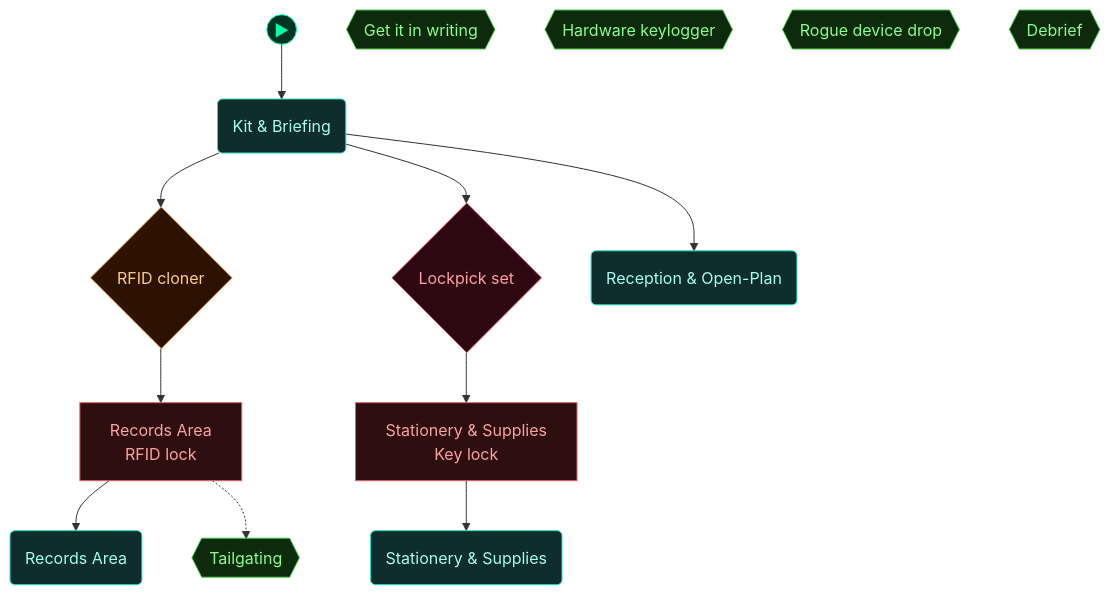
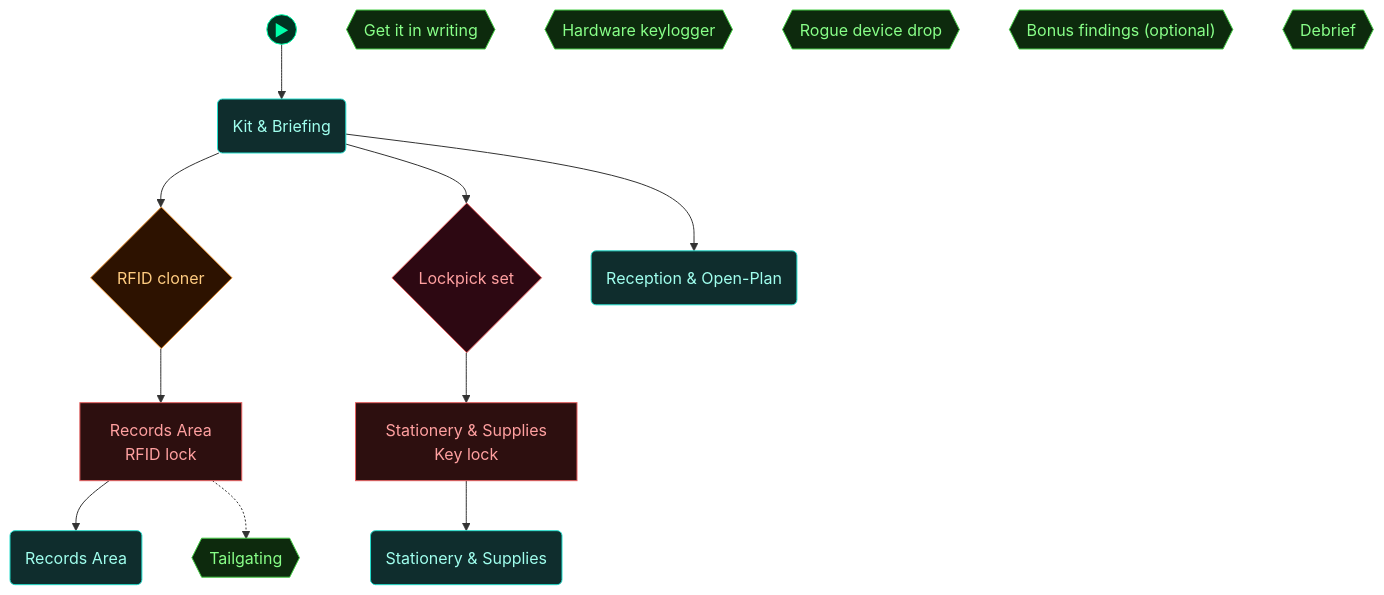
The third of 5 diagrams in scenarios/lab_physical_pentest/dungeon_graph.md (cliffe/BreakEscape), drawn with Mermaid before and after one commit. The commit also changed other lines of this file and 4 other files, not shown here.

First line of the commit message:
lab_physical_pentest: give the five pass-2 beats visible optional aims; drop two dead globals

````diff
--- a/scenarios/lab_physical_pentest/dungeon_graph.md
+++ b/scenarios/lab_physical_pentest/dungeon_graph.md
@@ -132,51 +133,52 @@
 ```mermaid
 flowchart TD
 
   classDef room      fill:#0f2d2d,stroke:#22ddcc,color:#a0ffee
   classDef lock      fill:#2d0f0f,stroke:#e66060,color:#ffa0a0
   classDef key       fill:#2d0812,stroke:#e66060,color:#ffa0a0
   classDef item      fill:#2d1200,stroke:#e89030,color:#ffcc80
   classDef gate      fill:#111,stroke:#666,color:#eee
   classDef vm        fill:#0c1f40,stroke:#4a90d9,color:#a0c8ff
   classDef flag      fill:#1a0c2d,stroke:#9060d0,color:#cc99ff
   classDef action    fill:#1a1200,stroke:#cc9922,color:#ffee88
   classDef aim       fill:#0d2a0d,stroke:#44cc44,color:#88ff88
   classDef aim_gate  fill:#111111,stroke:#44cc44,color:#44cc44
   classDef container fill:#1a2d1a,stroke:#60b060,color:#a0e0a0
   classDef npc       fill:#2d1f0d,stroke:#d0a050,color:#ffe0a0
   classDef critical  fill:#2a1500,stroke:#ffaa00,color:#ffdd88
   classDef start     fill:#003322,stroke:#00ffaa,color:#00ffaa
 
   node_start(("▶"))
   node_start --> briefing_room
 
   door_secure_area["Records Area<br/>RFID lock"]
   secure_area("Records Area")
   door_store_room["Stationery & Supplies<br/>Key lock"]
   store_room("Stationery & Supplies")
   briefing_room("Kit & Briefing")
   rfid_cloner{"RFID cloner"}
   lockpick_set{"Lockpick set"}
   open_plan("Reception & Open-Plan")
   aim_authorise{{"Get it in writing"}}
   aim_keylogger{{"Hardware keylogger"}}
   aim_usb{{"Rogue device drop"}}
   aim_tailgate{{"Tailgating"}}
+  aim_bonus_beats{{"Bonus findings (optional)"}}
   aim_debrief{{"Debrief"}}
 
   door_secure_area --> secure_area
   door_store_room --> store_room
   briefing_room --> rfid_cloner
   rfid_cloner --> door_secure_area
   briefing_room --> lockpick_set
   lockpick_set --> door_store_room
   briefing_room --> open_plan
   door_secure_area -.-> aim_tailgate
 
   class door_secure_area,door_store_room lock
   class secure_area,store_room,briefing_room,open_plan room
   class rfid_cloner item
   class lockpick_set key
-  class aim_authorise,aim_keylogger,aim_usb,aim_tailgate,aim_debrief aim
+  class aim_authorise,aim_keylogger,aim_usb,aim_tailgate,aim_bonus_beats,aim_debrief aim
   class node_start start
 ```
````
